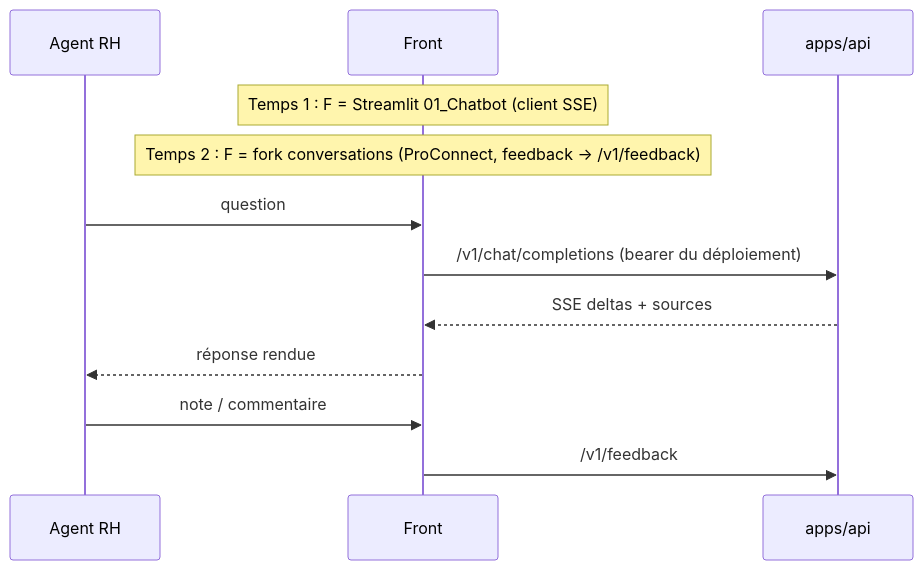
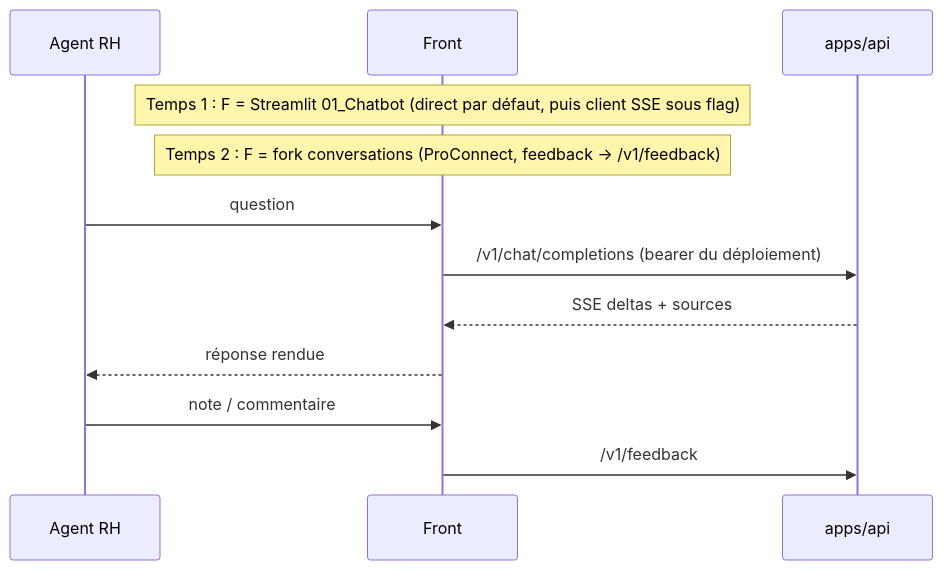
One commit to DGAFP/assistant-rh changed the sixth of 6 diagrams in docs/architecture/hexagonal-split/03-sequence-diagrams.md. Above: the diagram before and after it, drawn with Mermaid. The commit also changed other lines of this file and 6 other files, not shown here.

````diff
--- a/docs/architecture/hexagonal-split/03-sequence-diagrams.md
+++ b/docs/architecture/hexagonal-split/03-sequence-diagrams.md
@@ -132,14 +138,14 @@
 ```mermaid
 sequenceDiagram
     participant U as Agent RH
     participant F as Front
     participant API as apps/api
-    Note over F: Temps 1 : F = Streamlit 01_Chatbot (client SSE)
+    Note over F: Temps 1 : F = Streamlit 01_Chatbot (direct par défaut, puis client SSE sous flag)
     Note over F: Temps 2 : F = fork conversations (ProConnect, feedback → /v1/feedback)
     U->>F: question
     F->>API: /v1/chat/completions (bearer du déploiement)
     API-->>F: SSE deltas + sources
     F-->>U: réponse rendue
     U->>F: note / commentaire
     F->>API: /v1/feedback
 ```
````
